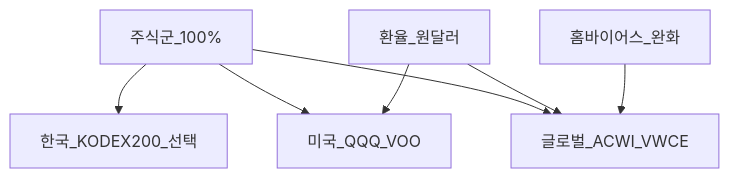
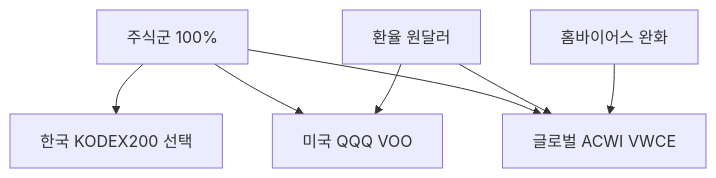
The first of 2 diagrams in 04-portfolio/geographic-diversification.md (goldanghenry/Finances), drawn with Mermaid before and after one commit. The commit also changed other lines of this file and 211 other files, not shown here.

````diff
--- a/04-portfolio/geographic-diversification.md
+++ b/04-portfolio/geographic-diversification.md
@@ -118,10 +107,10 @@
 ```mermaid
 flowchart TD
-  Stock[주식군_100%]
-  Stock --> KR[한국_KODEX200_선택]
-  Stock --> US[미국_QQQ_VOO]
-  Stock --> GL[글로벌_ACWI_VWCE]
-  FX[환율_원달러] --> US
+  Stock["주식군 100%"]
+  Stock --> KR["한국 KODEX200 선택"]
+  Stock --> US["미국 QQQ VOO"]
+  Stock --> GL["글로벌 ACWI VWCE"]
+  FX["환율 원달러"] --> US
   FX --> GL
-  Home[홈바이어스_완화] --> GL
+  Home["홈바이어스 완화"] --> GL
 ```
````
